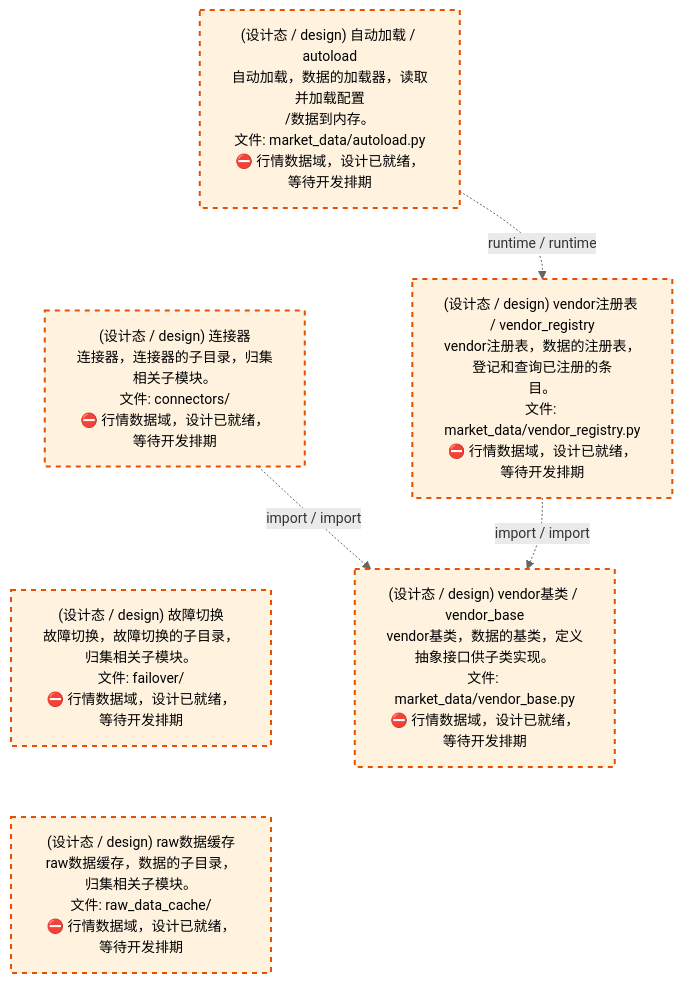
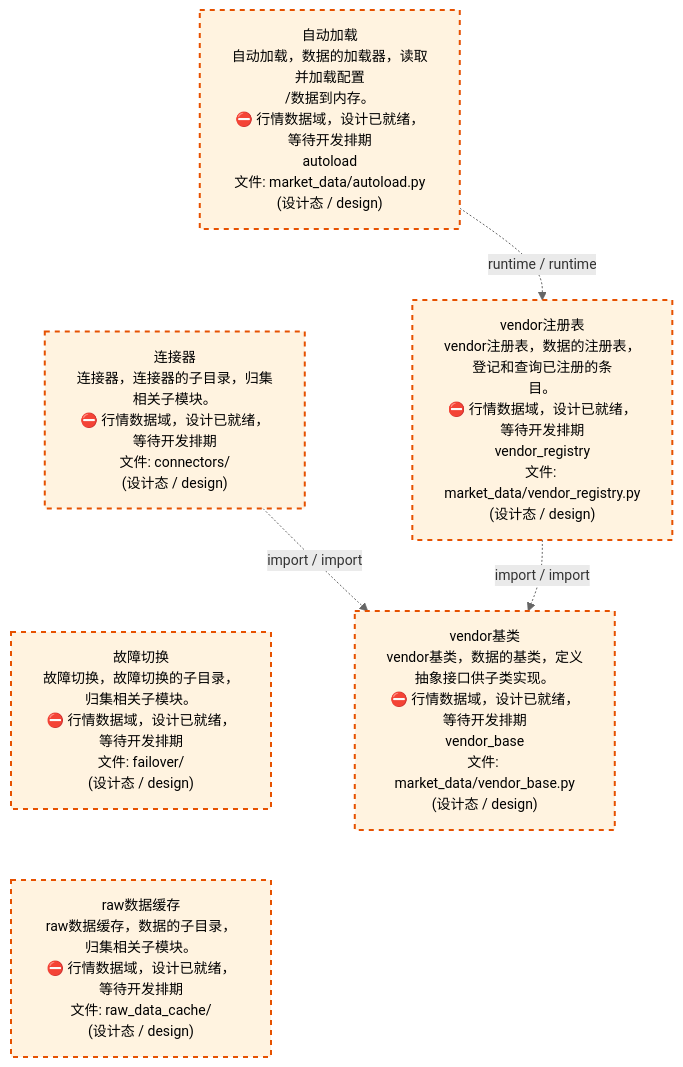
The third of 4 diagrams in docs/02_enterprise_architecture/02_domain_architecture_docs/23_d_mkt_data.md (xuanFelixVan/ZephyrAlpha), drawn with Mermaid before and after one commit. The commit also changed other lines of this file and 62 other files, not shown here.

````diff
--- a/docs/02_enterprise_architecture/02_domain_architecture_docs/23_d_mkt_data.md
+++ b/docs/02_enterprise_architecture/02_domain_architecture_docs/23_d_mkt_data.md
@@ -143,21 +143,21 @@
 ```mermaid
 %%{init: {'theme': 'base', 'themeVariables': {'primaryColor': '#eaeaea', 'primaryTextColor': '#333333', 'primaryBorderColor': '#666666', 'lineColor': '#666666', 'secondaryColor': '#eaeaea', 'tertiaryColor': '#eaeaea', 'fontSize': '14px'}}}%%
 flowchart TD
-    src_zephyr_market_data_autoload_py["(设计态 / design) 自动加载 / autoload<br/>自动加载，数据的加载器，读取并加载配置<br/>/数据到内存。<br/>文件: market_data/autoload.py<br/>⛔ 行情数据域，设计已就绪，等待开发排期"]
-    src_zephyr_market_data_connectors["(设计态 / design) 连接器<br/>连接器，连接器的子目录，归集相关子模块。<br/>文件: connectors/<br/>⛔ 行情数据域，设计已就绪，等待开发排期"]
-    src_zephyr_market_data_failover["(设计态 / design) 故障切换<br/>故障切换，故障切换的子目录，归集相关子模块。<br/>文件: failover/<br/>⛔ 行情数据域，设计已就绪，等待开发排期"]
-    src_zephyr_market_data_raw_data_cache["(设计态 / design) raw数据缓存<br/>raw数据缓存，数据的子目录，归集相关子模块。<br/>文件: raw_data_cache/<br/>⛔ 行情数据域，设计已就绪，等待开发排期"]
+    src_zephyr_market_data_autoload_py["自动加载<br/>自动加载，数据的加载器，读取并加载配置<br/>/数据到内存。<br/>⛔ 行情数据域，设计已就绪，等待开发排期<br/>autoload<br/>文件: market_data/autoload.py<br/>(设计态 / design)"]
+    src_zephyr_market_data_connectors["连接器<br/>连接器，连接器的子目录，归集相关子模块。<br/>⛔ 行情数据域，设计已就绪，等待开发排期<br/>文件: connectors/<br/>(设计态 / design)"]
+    src_zephyr_market_data_failover["故障切换<br/>故障切换，故障切换的子目录，归集相关子模块。<br/>⛔ 行情数据域，设计已就绪，等待开发排期<br/>文件: failover/<br/>(设计态 / design)"]
+    src_zephyr_market_data_raw_data_cache["raw数据缓存<br/>raw数据缓存，数据的子目录，归集相关子模块。<br/>⛔ 行情数据域，设计已就绪，等待开发排期<br/>文件: raw_data_cache/<br/>(设计态 / design)"]
     src_zephyr_market_data_autoload_py ~~~ src_zephyr_market_data_connectors
     src_zephyr_market_data_connectors ~~~ src_zephyr_market_data_failover
     src_zephyr_market_data_failover ~~~ src_zephyr_market_data_raw_data_cache
-    src_zephyr_market_data_vendor_registry_py["(设计态 / design) vendor注册表 / vendor_registry<br/>vendor注册表，数据的注册表，登记和查询已注册的条<br/>目。<br/>文件: market_data/vendor_registry.py<br/>⛔ 行情数据域，设计已就绪，等待开发排期"]
-    src_zephyr_market_data_vendor_base_py["(设计态 / design) vendor基类 / vendor_base<br/>vendor基类，数据的基类，定义抽象接口供子类实现。<br/>文件: market_data/vendor_base.py<br/>⛔ 行情数据域，设计已就绪，等待开发排期"]
+    src_zephyr_market_data_vendor_registry_py["vendor注册表<br/>vendor注册表，数据的注册表，登记和查询已注册的条<br/>目。<br/>⛔ 行情数据域，设计已就绪，等待开发排期<br/>vendor_registry<br/>文件: market_data/vendor_registry.py<br/>(设计态 / design)"]
+    src_zephyr_market_data_vendor_base_py["vendor基类<br/>vendor基类，数据的基类，定义抽象接口供子类实现。<br/>⛔ 行情数据域，设计已就绪，等待开发排期<br/>vendor_base<br/>文件: market_data/vendor_base.py<br/>(设计态 / design)"]
     src_zephyr_market_data_vendor_registry_py -.->|import / import| src_zephyr_market_data_vendor_base_py
     src_zephyr_market_data_connectors -.->|import / import| src_zephyr_market_data_vendor_base_py
     src_zephyr_market_data_autoload_py -.->|runtime / runtime| src_zephyr_market_data_vendor_registry_py
     classDef production fill:#e1f5fe,stroke:#01579b,stroke-width:2px,color:#000
     classDef design fill:#fff3e0,stroke:#e65100,stroke-width:2px,color:#000,stroke-dasharray: 5 5
     classDef external_prod fill:#e8f4fd,stroke:#0277bd,stroke-width:1px,color:#000
     classDef external_design fill:#fff8e7,stroke:#ef6c00,stroke-width:1px,color:#000,stroke-dasharray: 5 5
     class src_zephyr_market_data_autoload_py,src_zephyr_market_data_connectors,src_zephyr_market_data_failover,src_zephyr_market_data_raw_data_cache,src_zephyr_market_data_vendor_base_py,src_zephyr_market_data_vendor_registry_py design
 ```
````
